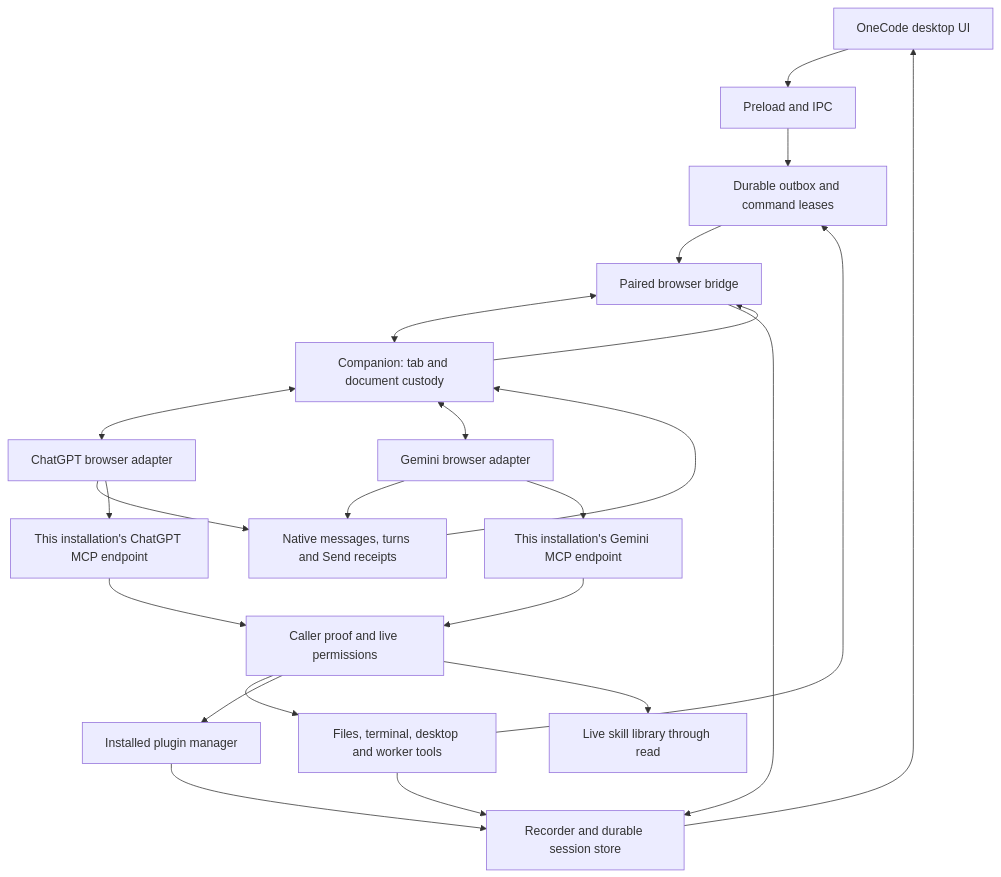
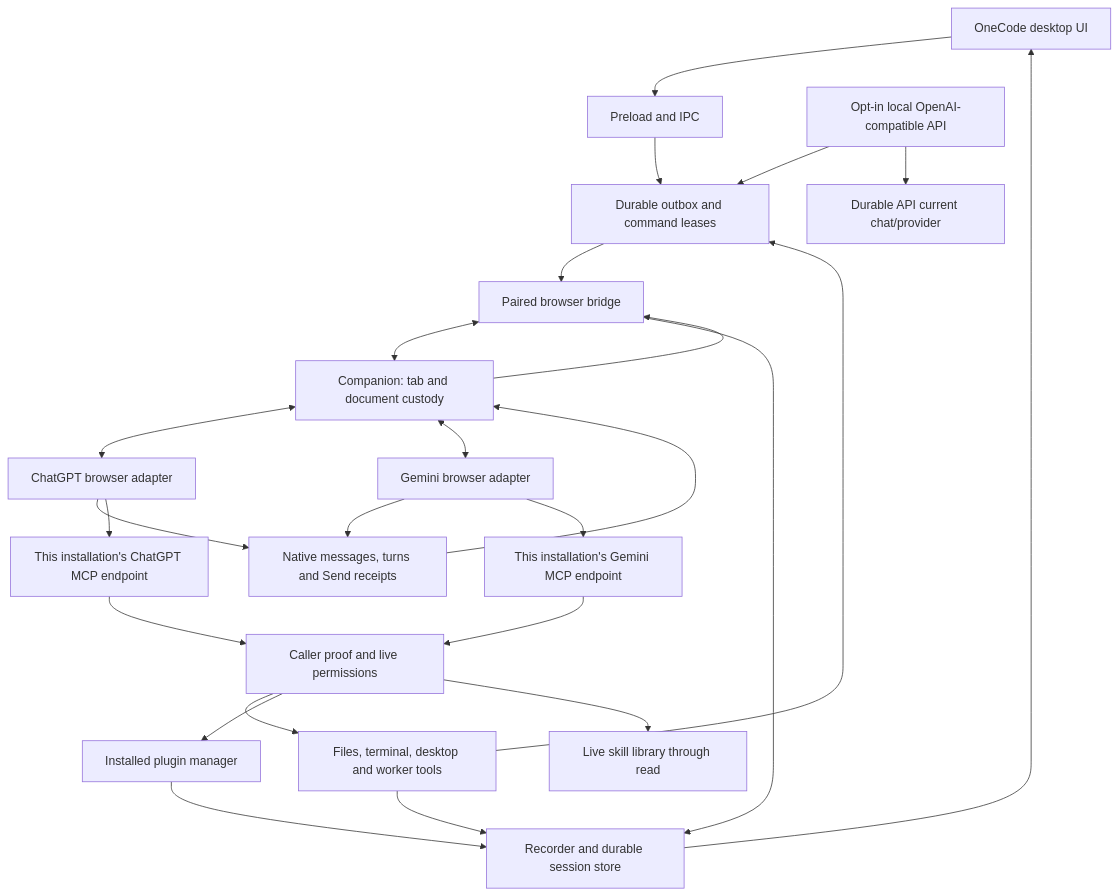
One commit to hassanradwannn/OneCode changed the diagram in docs/ARCHITECTURE.md. Above: the diagram before and after it, drawn with Mermaid. The commit also changed other lines of this file and 19 other files, not shown here.

Commit message:
Add local OneCode API Beta 0.6.2

````diff
--- a/docs/ARCHITECTURE.md
+++ b/docs/ARCHITECTURE.md
@@ -9,25 +9,27 @@
 ```mermaid
 flowchart TD
   UI[OneCode desktop UI] --> IPC[Preload and IPC]
   IPC --> Input[Durable outbox and command leases]
   Input --> Bridge[Paired browser bridge]
+  API[Opt-in local OpenAI-compatible API] --> Input
+  API --> APIState[Durable API current chat/provider]
   Bridge <--> Companion[Companion: tab and document custody]
   Companion <--> ChatGPT[ChatGPT browser adapter]
   Companion <--> Gemini[Gemini browser adapter]
   ChatGPT --> Observations[Native messages, turns and Send receipts]
   Gemini --> Observations
   Observations --> Companion
   Companion --> Bridge
   Bridge --> History[Recorder and durable session store]
   History --> UI
   ChatGPT --> CGMCP[This installation's ChatGPT MCP endpoint]
   Gemini --> GMCP[This installation's Gemini MCP endpoint]
   CGMCP --> Admission[Caller proof and live permissions]
   GMCP --> Admission
   Admission --> Tools[Files, terminal, desktop and worker tools]
   Admission --> Plugins[Installed plugin manager]
   Admission --> Skills[Live skill library through read]
   Tools --> History
   Plugins --> History
   Tools --> Input
 ```
````
